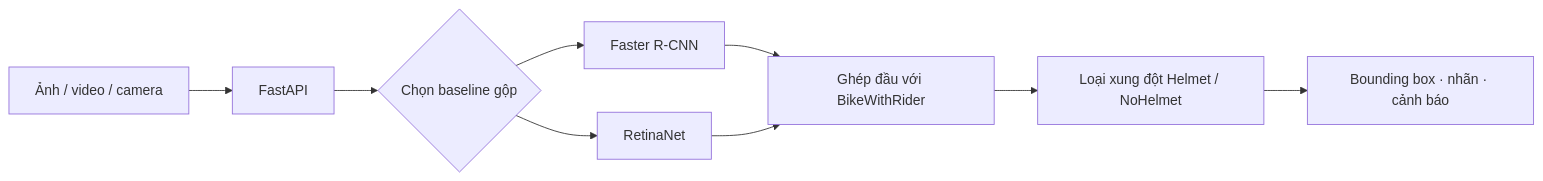
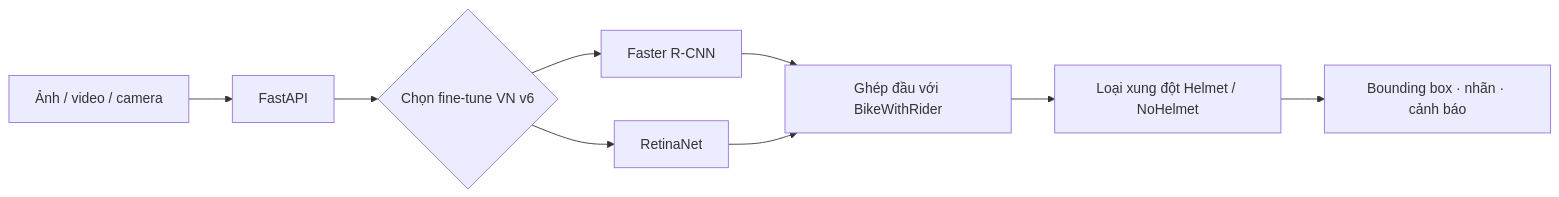
The diagram in README.md (tlong15306/helmet-detection-comparison), drawn with Mermaid before and after one commit. The commit also changed other lines of this file and 4 other files, not shown here.

Commit message:
docs: align published project with Vietnam fine-tune demo

````diff
--- a/README.md
+++ b/README.md
@@ -31,11 +33,11 @@
 ```mermaid
 flowchart LR
     A[Ảnh / video / camera] --> B[FastAPI]
-    B --> C{Chọn baseline gộp}
+    B --> C{Chọn fine-tune VN v6}
     C --> D[Faster R-CNN]
     C --> E[RetinaNet]
     D --> F[Ghép đầu với BikeWithRider]
     E --> F
     F --> G[Loại xung đột Helmet / NoHelmet]
     G --> H[Bounding box · nhãn · cảnh báo]
 ```
````
